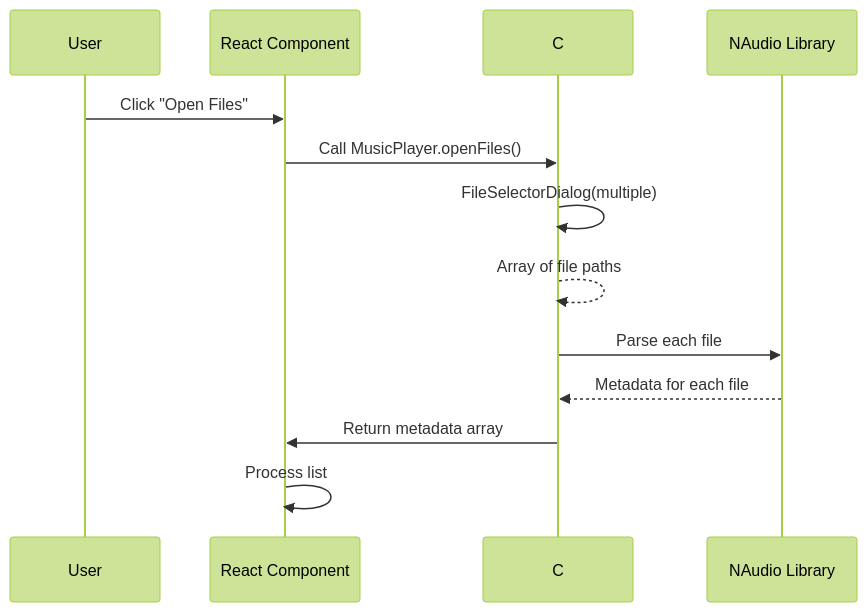
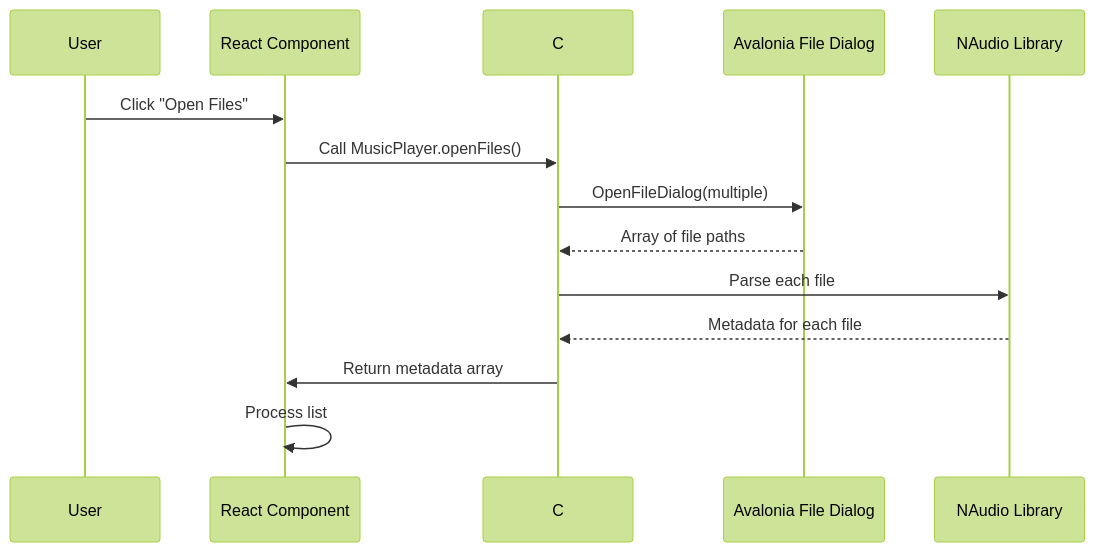
The fourth of 7 diagrams in docs/HOW-IT-WORKS.md (Dinand01/MusicPlayer), drawn with Mermaid (forest theme) before and after one commit. The commit also changed other lines of this file and 19 other files, not shown here.

````diff
--- a/docs/HOW-IT-WORKS.md
+++ b/docs/HOW-IT-WORKS.md
@@ -138,16 +145,17 @@
 ```mermaid
 sequenceDiagram
     participant User as User
     participant React as React Component
     participant C# as C# Bridge
+    participant Dialog as Avalonia File Dialog
     participant NAudio as NAudio Library
 
     User->>React: Click "Open Files"
     React->>C#: Call MusicPlayer.openFiles()
-    C#->>C#: FileSelectorDialog(multiple)
-    C#-->>C#: Array of file paths
+    C#->>Dialog: OpenFileDialog(multiple)
+    Dialog-->>C#: Array of file paths
     C#->>NAudio: Parse each file
     NAudio-->>C#: Metadata for each file
     C#->>React: Return metadata array
     React->>React: Process list
 ```
````
